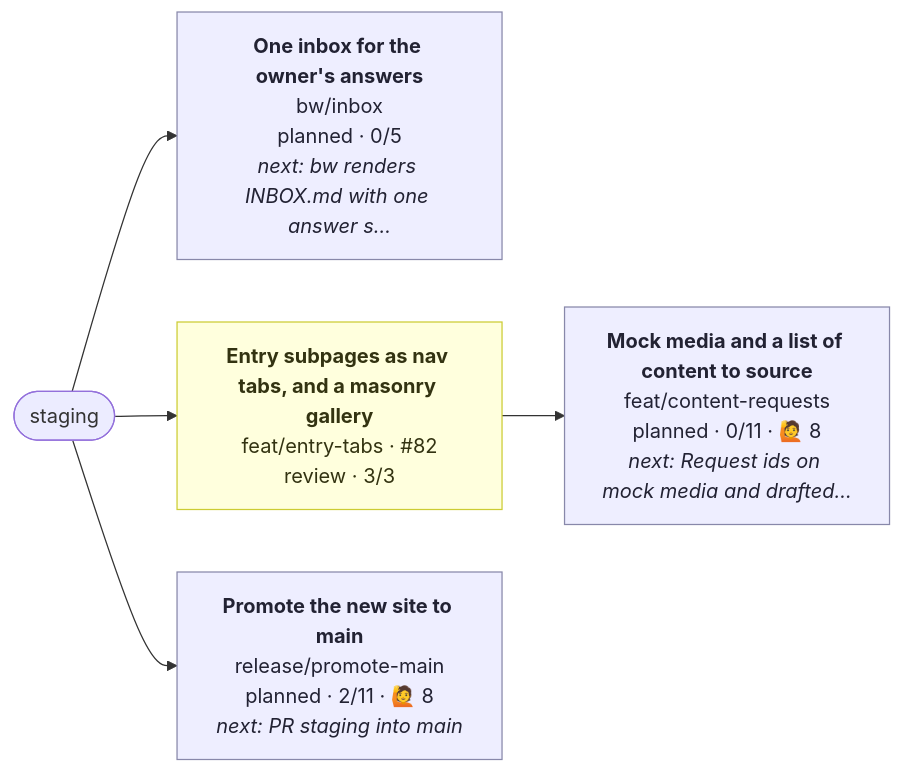
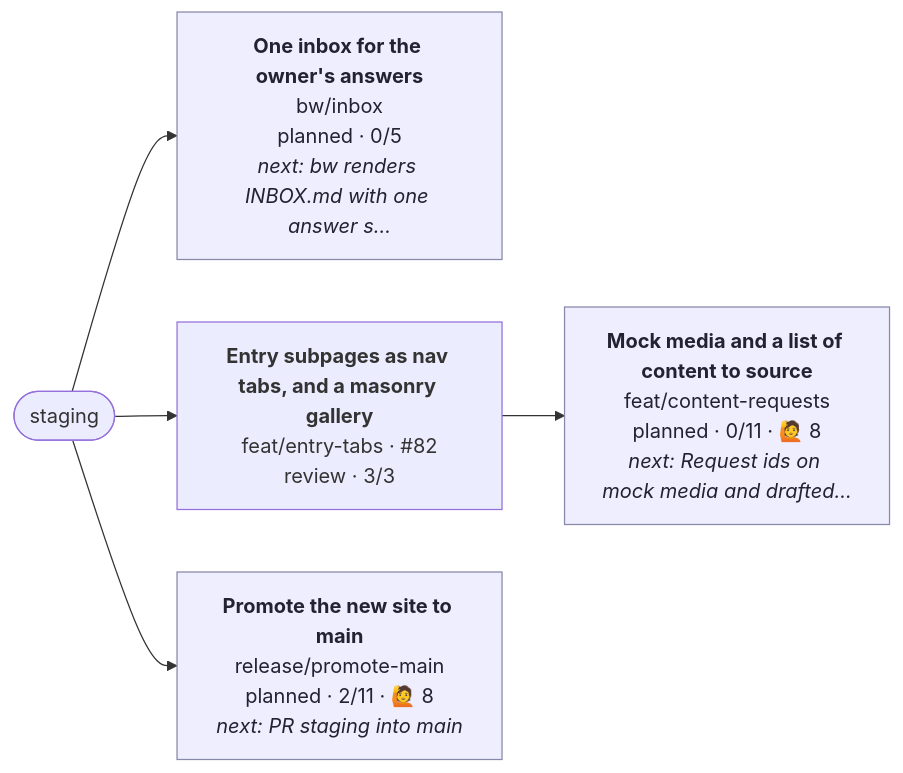
Before and after one commit to henryjonescodes/portfolio: the diagram in CONTRIBUTING.md, drawn with Mermaid. The commit also changed other lines of this file, not shown here.

````diff
--- a/CONTRIBUTING.md
+++ b/CONTRIBUTING.md
@@ -16,21 +16,21 @@
 ```mermaid
 flowchart LR
   n_staging([staging])
   n_bw_inbox["<b>One inbox for the owner's answers</b><br/>bw/inbox<br/>planned · 0/5<br/><i>next: bw renders INBOX.md with one answer s…</i>"]
   class n_bw_inbox planned
   n_staging --> n_bw_inbox
   n_feat_content_requests["<b>Mock media and a list of content to source</b><br/>feat/content-requests<br/>planned · 0/11 · 🙋 8<br/><i>next: Request ids on mock media and drafted…</i>"]
   class n_feat_content_requests planned
   n_feat_entry_tabs --> n_feat_content_requests
   n_feat_entry_tabs["<b>Entry subpages as nav tabs, and a masonry gallery</b><br/>feat/entry-tabs · #82<br/>review · 3/3"]
-  class n_feat_entry_tabs review
+  class n_feat_entry_tabs review,current
   n_staging --> n_feat_entry_tabs
   n_release_promote_main["<b>Promote the new site to main</b><br/>release/promote-main<br/>planned · 2/11 · 🙋 8<br/><i>next: PR staging into main</i>"]
   class n_release_promote_main planned
   n_staging --> n_release_promote_main
   classDef planned fill:#eef,stroke:#88a,color:#223
   classDef active fill:#dfd,stroke:#3a3,stroke-width:3px,color:#132
   classDef blocked fill:#fdd,stroke:#c33,color:#311
   classDef review fill:#ffd,stroke:#cc3,color:#331
   classDef current stroke:#06c,stroke-width:4px
 ```
````
